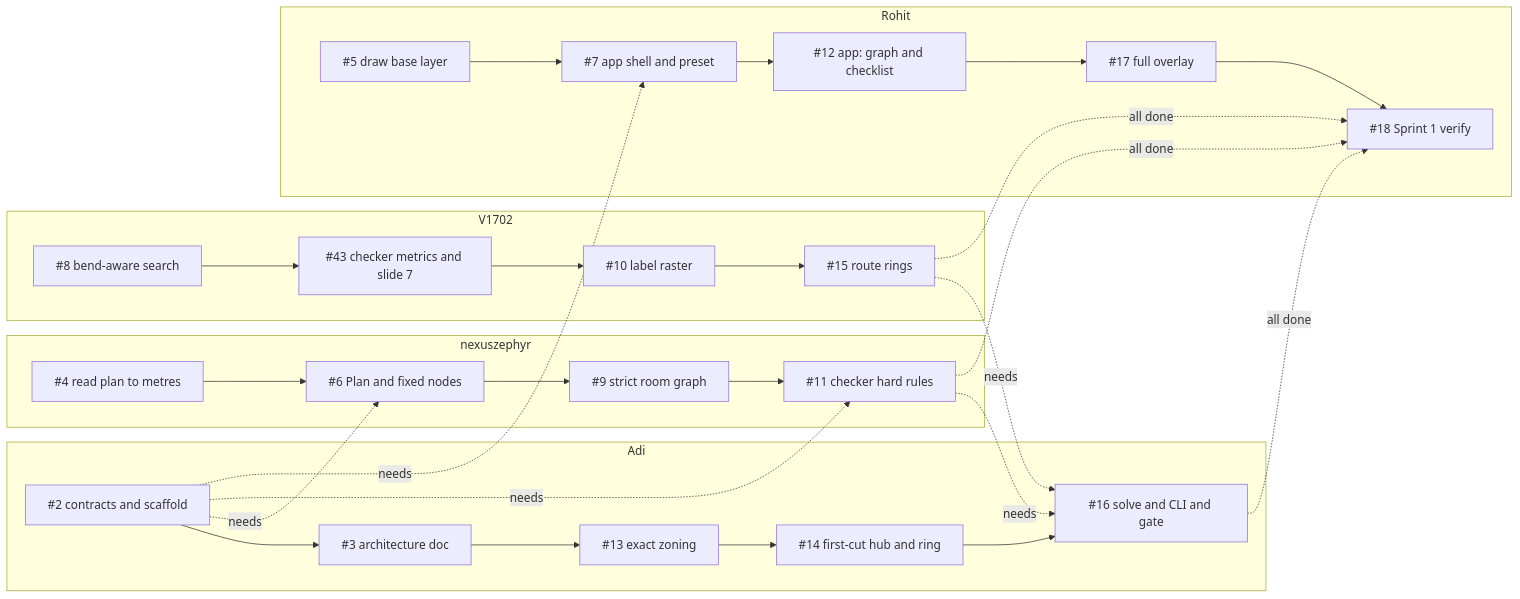
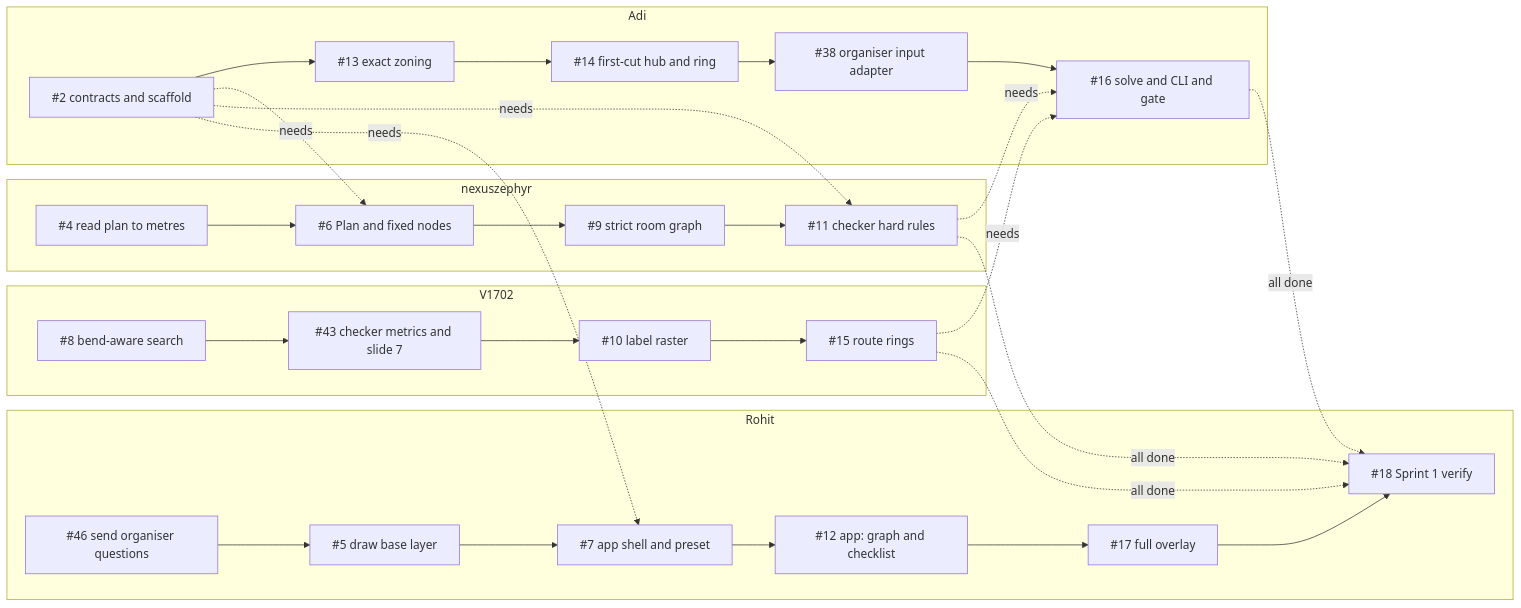
The first of 2 diagrams in docs/EXECUTION_PLAN.md (Adityashandilya555/hackhive), drawn with Mermaid before and after one commit. The commit also changed other lines of this file and 7 other files, not shown here.

Commit message:
docs: close slide gaps round 2 (input adapter, stubs, gate severity, hub clearance, coverage, execution plan)

````diff
--- a/docs/EXECUTION_PLAN.md
+++ b/docs/EXECUTION_PLAN.md
@@ -18,51 +18,53 @@
 ```mermaid
 flowchart LR
     subgraph AdiS1 [Adi]
         i2["#35;2 contracts and scaffold"]
-        i3["#35;3 architecture doc"]
         i13["#35;13 exact zoning"]
         i14["#35;14 first-cut hub and ring"]
+        i38["#35;38 organiser input adapter"]
         i16["#35;16 solve and CLI and gate"]
-        i2 --> i3
-        i3 --> i13
+        i2 --> i13
         i13 --> i14
-        i14 --> i16
+        i14 --> i38
+        i38 --> i16
     end
     subgraph nexuszephyrS1 [nexuszephyr]
         i4["#35;4 read plan to metres"]
         i6["#35;6 Plan and fixed nodes"]
         i9["#35;9 strict room graph"]
         i11["#35;11 checker hard rules"]
         i4 --> i6
         i6 --> i9
         i9 --> i11
     end
     subgraph V1702S1 [V1702]
         i8["#35;8 bend-aware search"]
         i43["#35;43 checker metrics and slide 7"]
         i10["#35;10 label raster"]
         i15["#35;15 route rings"]
         i8 --> i43
         i43 --> i10
         i10 --> i15
     end
     subgraph RohitS1 [Rohit]
+        i46["#35;46 send organiser questions"]
         i5["#35;5 draw base layer"]
         i7["#35;7 app shell and preset"]
         i12["#35;12 app: graph and checklist"]
         i17["#35;17 full overlay"]
         i18["#35;18 Sprint 1 verify"]
+        i46 --> i5
         i5 --> i7
         i7 --> i12
         i12 --> i17
         i17 --> i18
     end
     i11 -.->|needs| i16
     i15 -.->|needs| i16
     i2 -.->|needs| i6
     i2 -.->|needs| i11
     i2 -.->|needs| i7
     i16 -.->|all done| i18
     i11 -.->|all done| i18
     i15 -.->|all done| i18
 ```
````
